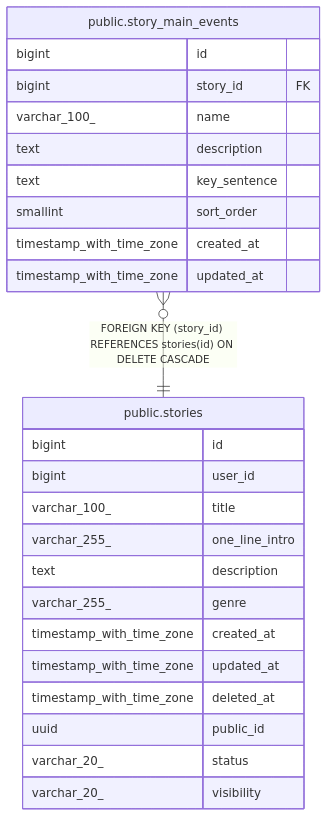
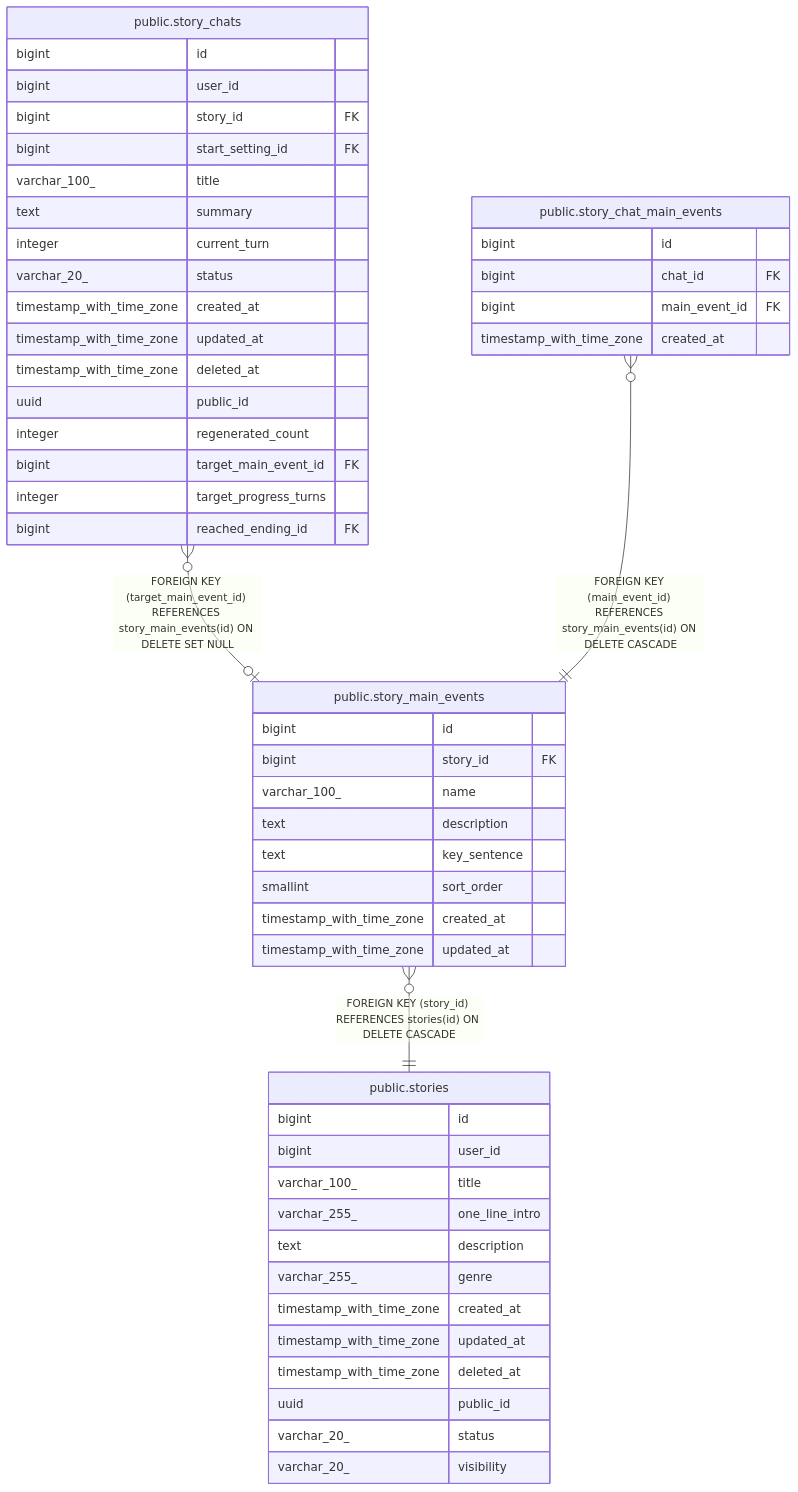
Before and after one commit to KIM-N-KANG/manyak-server: the diagram in dbdoc/public.story_main_events.md, drawn with Mermaid. The commit also changed other lines of this file and 46 other files, not shown here.

````diff
--- a/dbdoc/public.story_main_events.md
+++ b/dbdoc/public.story_main_events.md
@@ -34,30 +34,56 @@
 ```mermaid
 erDiagram
 
+"public.story_chats" }o--o| "public.story_main_events" : "FOREIGN KEY (target_main_event_id) REFERENCES story_main_events(id) ON DELETE SET NULL"
+"public.story_chat_main_events" }o--|| "public.story_main_events" : "FOREIGN KEY (main_event_id) REFERENCES story_main_events(id) ON DELETE CASCADE"
 "public.story_main_events" }o--|| "public.stories" : "FOREIGN KEY (story_id) REFERENCES stories(id) ON DELETE CASCADE"
 
 "public.story_main_events" {
   bigint id
   bigint story_id FK
   varchar_100_ name
   text description
   text key_sentence
   smallint sort_order
   timestamp_with_time_zone created_at
   timestamp_with_time_zone updated_at
+}
+"public.story_chats" {
+  bigint id
+  bigint user_id
+  bigint story_id FK
+  bigint start_setting_id FK
+  varchar_100_ title
+  text summary
+  integer current_turn
+  varchar_20_ status
+  timestamp_with_time_zone created_at
+  timestamp_with_time_zone updated_at
+  timestamp_with_time_zone deleted_at
+  uuid public_id
+  integer regenerated_count
+  bigint target_main_event_id FK
+  integer target_progress_turns
+  bigint reached_ending_id FK
+}
+"public.story_chat_main_events" {
+  bigint id
+  bigint chat_id FK
+  bigint main_event_id FK
+  timestamp_with_time_zone created_at
 }
 "public.stories" {
   bigint id
   bigint user_id
   varchar_100_ title
   varchar_255_ one_line_intro
   text description
   varchar_255_ genre
   timestamp_with_time_zone created_at
   timestamp_with_time_zone updated_at
   timestamp_with_time_zone deleted_at
   uuid public_id
   varchar_20_ status
   varchar_20_ visibility
 }
 ```
````
